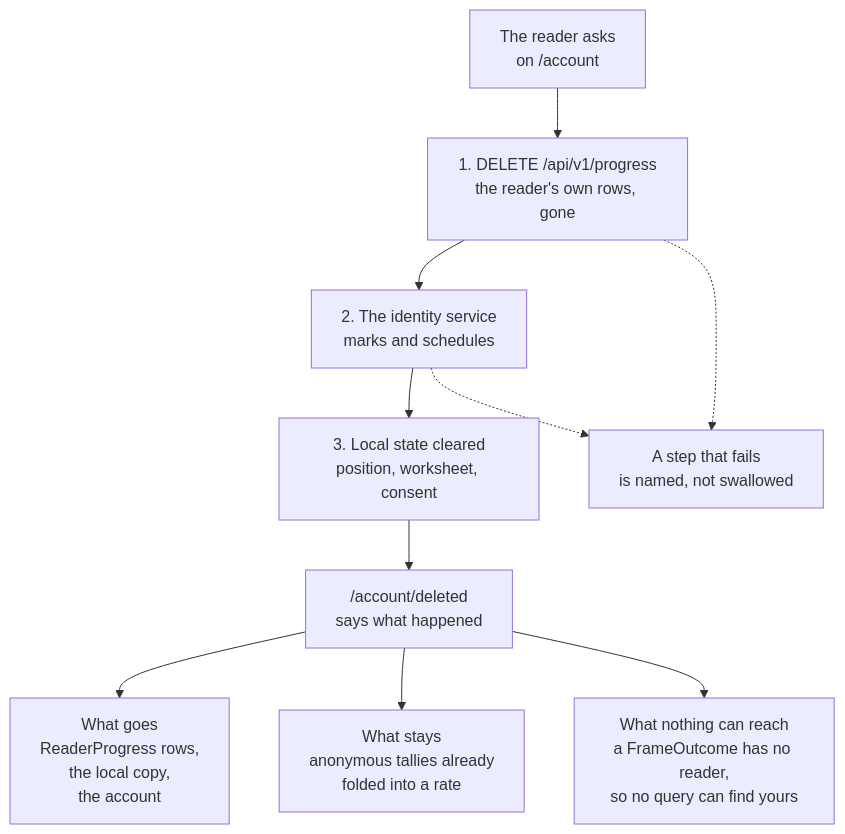
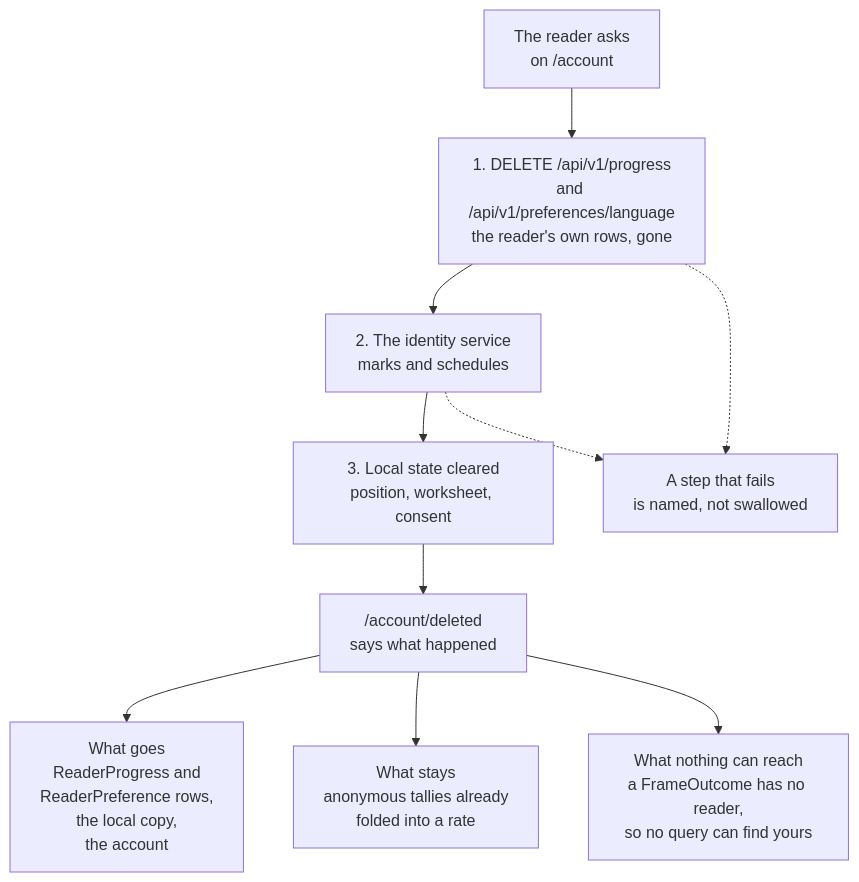
Before and after one commit to konradcinkusz/ab-ove: the diagram in docs/diagrams/b6-deletion.mmd, drawn with Mermaid. The commit also changed 79 other files, not shown here.

```diff
--- a/docs/diagrams/b6-deletion.mmd
+++ b/docs/diagrams/b6-deletion.mmd
@@ -1,35 +1,40 @@
 %% Deletion: what goes, what stays, and what no deletion can reach.
 %% ONE DIAGRAM PER FILE. ASCII ONLY.
 
-%% THE PROGRESS GOES FIRST, AND THE SCREEN SAYS WHAT IT CANNOT REACH (ADR-0021). Because an
-%% outcome carries no reader, nothing can find the rows that were yours -- so a contribution
-%% already folded into a rate cannot be retracted. That is the cost of the architectural
-%% absence that makes a per-reader score unbuildable, and the reader is told it rather than
-%% left to assume the opposite.
+%% EVERY READER-SCOPED ROW GOES FIRST, AND THE SCREEN SAYS WHAT IT CANNOT REACH (ADR-0021).
+%% The order is about the SUBJECT: once the identity service has marked the account, nobody
+%% can sign in as that subject again, so anything still filed under it in apidb is
+%% unreachable by any reader for ever. That is true of the chosen edition (ADR-0048) exactly
+%% as it is of the place, which is why both go before the account rather than after.
+
+%% AND BECAUSE AN OUTCOME CARRIES NO READER, nothing can find the rows that were yours -- so
+%% a contribution already folded into a rate cannot be retracted. That is the cost of the
+%% architectural absence that makes a per-reader score unbuildable, and the reader is told it
+%% rather than left to assume the opposite.
 
 %% THE IDENTITY SERVICE MARKS AND SCHEDULES RATHER THAN ERASES. This repository does not own
 %% authdb and does not claim on its behalf; the screen says what the identity service does,
 %% in its own terms.
 
 %% A SCREEN THAT IMPLIED OTHERWISE WOULD BE CLAIMING A CAPABILITY THE SCHEMA WAS DESIGNED
 %% NOT TO HAVE.
 
 flowchart TD
   ASK["The reader asks<br/>on /account"]
-  P1["1. DELETE /api/v1/progress<br/>the reader's own rows, gone"]
+  P1["1. DELETE /api/v1/progress<br/>and /api/v1/preferences/language<br/>the reader's own rows, gone"]
   P2["2. The identity service<br/>marks and schedules"]
   P3["3. Local state cleared<br/>position, worksheet, consent"]
   DONE["/account/deleted<br/>says what happened"]
 
-  GONE["What goes<br/>ReaderProgress rows,<br/>the local copy,<br/>the account"]
+  GONE["What goes<br/>ReaderProgress and<br/>ReaderPreference rows,<br/>the local copy,<br/>the account"]
   STAYS["What stays<br/>anonymous tallies already<br/>folded into a rate"]
   CANNOT["What nothing can reach<br/>a FrameOutcome has no reader,<br/>so no query can find yours"]
 
   ASK --> P1 --> P2 --> P3 --> DONE
   DONE --> GONE
   DONE --> STAYS
   DONE --> CANNOT
 
   PROBLEM["A step that fails<br/>is named, not swallowed"]
   P2 -.-> PROBLEM
   P1 -.-> PROBLEM
```
